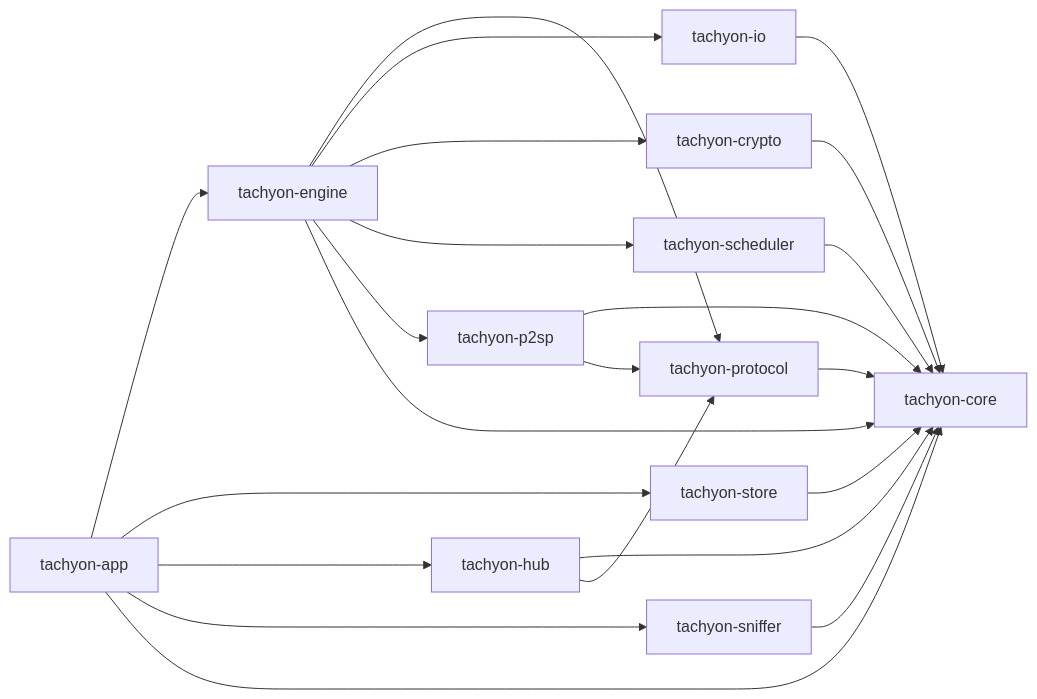
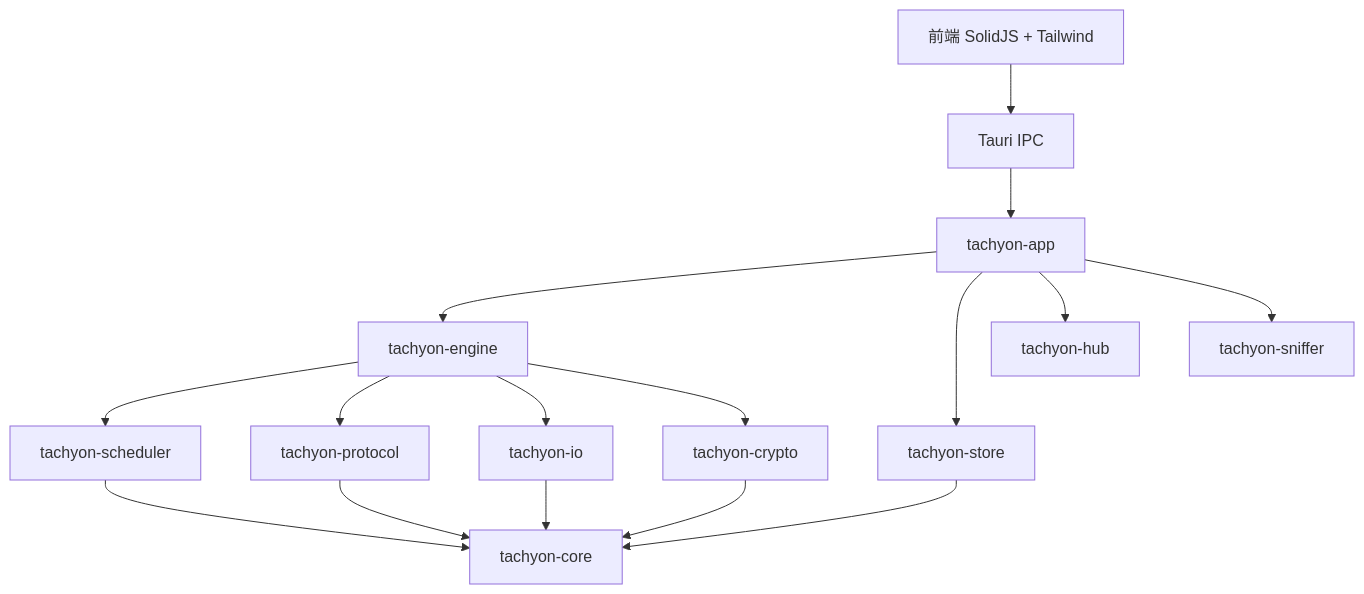
Before and after one commit to baiye2941/Tachyon: the diagram in README.md, drawn with Mermaid. The commit also changed other lines of this file, not shown here.

````diff
--- a/README.md
+++ b/README.md
@@ -183,36 +151,17 @@
 ```mermaid
-graph LR
-    CORE["tachyon-core"]
-    PROTO["tachyon-protocol"]
-    IO["tachyon-io"]
-    CRYPT["tachyon-crypto"]
-    SCHED["tachyon-scheduler"]
-    ENG["tachyon-engine"]
-    P2SP["tachyon-p2sp"]
-    SNIFF["tachyon-sniffer"]
-    STORE["tachyon-store"]
-    HUB["tachyon-hub"]
-    APP["tachyon-app"]
-
-    PROTO --> CORE
+graph TB
+    FE["前端 SolidJS + Tailwind"] --> IPC["Tauri IPC"] --> APP["tachyon-app"]
+    APP --> ENG["tachyon-engine"]
+    ENG --> SCH["tachyon-scheduler"]
+    ENG --> PROTO["tachyon-protocol"]
+    ENG --> IO["tachyon-io"]
+    ENG --> CRYPT["tachyon-crypto"]
+    APP --> STORE["tachyon-store"]
+    APP --> HUB["tachyon-hub"]
+    APP --> SNIFF["tachyon-sniffer"]
+    PROTO --> CORE["tachyon-core"]
     IO --> CORE
     CRYPT --> CORE
-    SCHED --> CORE
-    P2SP --> CORE
-    SNIFF --> CORE
     STORE --> CORE
-    HUB --> CORE
-    HUB --> PROTO
-    P2SP --> PROTO
-    ENG --> PROTO
-    ENG --> IO
-    ENG --> CRYPT
-    ENG --> SCHED
-    ENG --> P2SP
-    ENG --> CORE
-    APP --> ENG
-    APP --> STORE
-    APP --> HUB
-    APP --> SNIFF
-    APP --> CORE
+    SCH --> CORE
 ```
````
